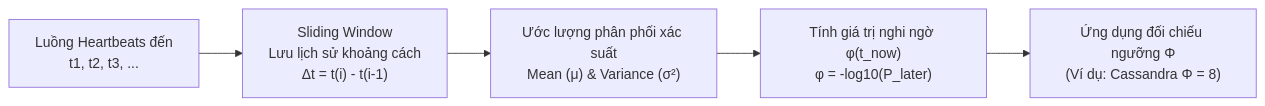
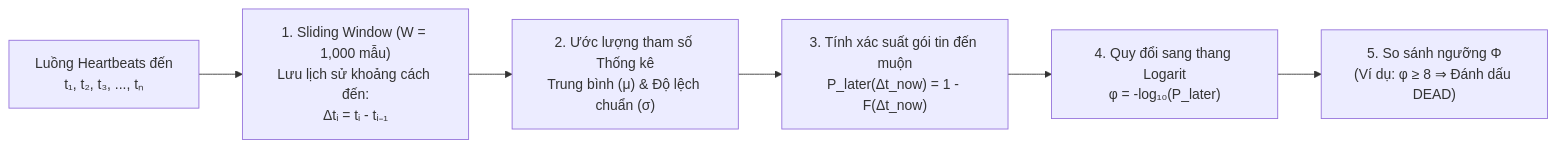
One commit to namaewanam/namaewanam.github.io changed the second of 3 diagrams in docs/Database-Internals-Notes/database-internals-chapter9.vi.md. Above: the diagram before and after it, drawn with Mermaid. The commit also changed other lines of this file and 29 other files, not shown here.

````diff
--- a/docs/Database-Internals-Notes/database-internals-chapter9.vi.md
+++ b/docs/Database-Internals-Notes/database-internals-chapter9.vi.md
@@ -77,7 +137,8 @@
 ```mermaid
 flowchart LR
-    HB["Luồng Heartbeats đến<br/>t1, t2, t3, ..."] --> Window["Sliding Window<br/>Lưu lịch sử khoảng cách<br/>Δt = t(i) - t(i-1)"]
-    Window --> Stats["Ước lượng phân phối xác suất<br/>Mean (μ) & Variance (σ²)"]
-    Stats --> CalcPhi["Tính giá trị nghi ngờ φ(t_now)<br/>φ = -log10(P_later)"]
-    CalcPhi --> App["Ứng dụng đối chiếu ngưỡng Φ<br/>(Ví dụ: Cassandra Φ = 8)"]
+    HB["Luồng Heartbeats đến<br/>t₁, t₂, t₃, ..., tₙ"] --> Window["1. Sliding Window (W = 1,000 mẫu)<br/>Lưu lịch sử khoảng cách đến:<br/>Δtᵢ = tᵢ - tᵢ₋₁"]
+    Window --> Stats["2. Ước lượng tham số Thống kê<br/>Trung bình (μ) & Độ lệch chuẩn (σ)"]
+    Stats --> CalcP["3. Tính xác suất gói tin đến muộn<br/>P_later(Δt_now) = 1 - F(Δt_now)"]
+    CalcP --> CalcPhi["4. Quy đổi sang thang Logarit<br/>φ = -log₁₀(P_later)"]
+    CalcPhi --> Action["5. So sánh ngưỡng Φ<br/>(Ví dụ: φ ≥ 8 ⇒ Đánh dấu DEAD)"]
 ```
````
